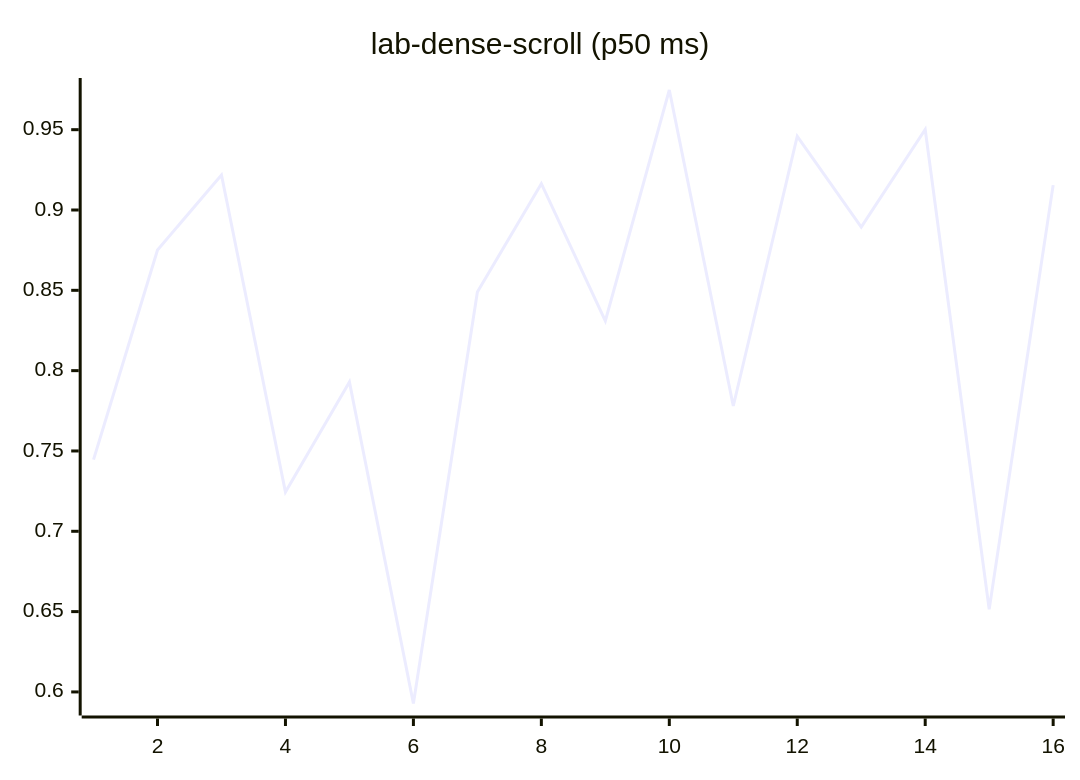
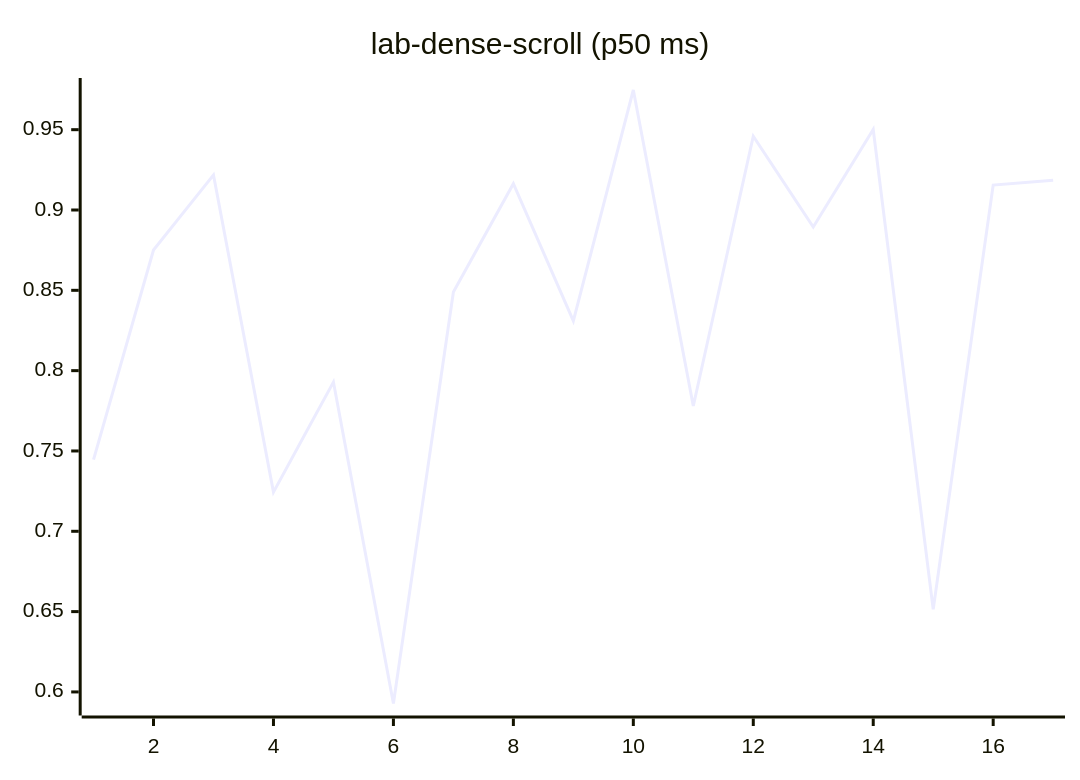
Diagram 12 of 27 in README.md (josha/Facet), drawn with Mermaid before and after one commit. The commit also changed other lines of this file and 2 other files, not shown here.

````diff
--- a/README.md
+++ b/README.md
@@ -140,6 +140,6 @@
 ```mermaid
 xychart-beta
     title "lab-dense-scroll (p50 ms)"
-    x-axis 1 --> 16
-    line [0.7446, 0.8751, 0.9218, 0.7244, 0.7929, 0.5928, 0.8489, 0.9164, 0.8310, 0.9747, 0.7780, 0.9459, 0.8894, 0.9501, 0.6514, 0.9155]
+    x-axis 1 --> 17
+    line [0.7446, 0.8751, 0.9218, 0.7244, 0.7929, 0.5928, 0.8489, 0.9164, 0.8310, 0.9747, 0.7780, 0.9459, 0.8894, 0.9501, 0.6514, 0.9155, 0.9185]
 ```
````
